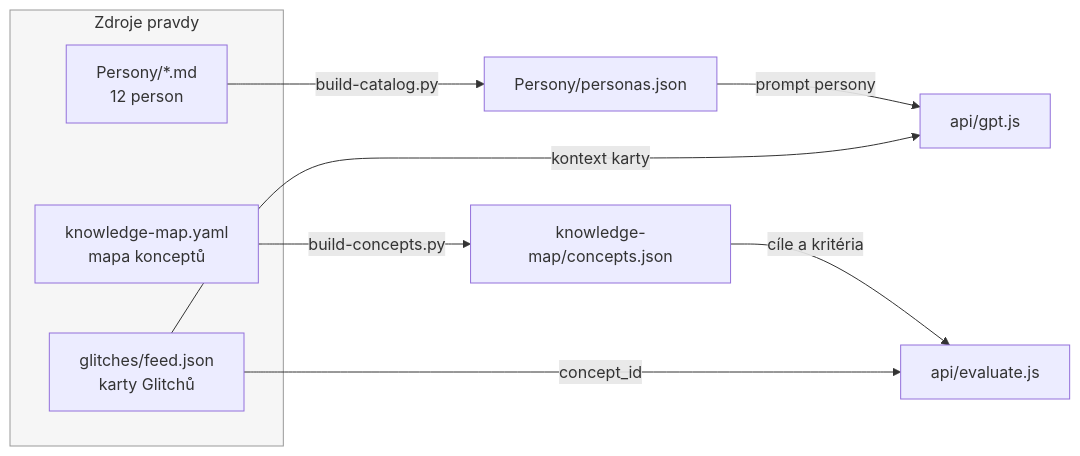
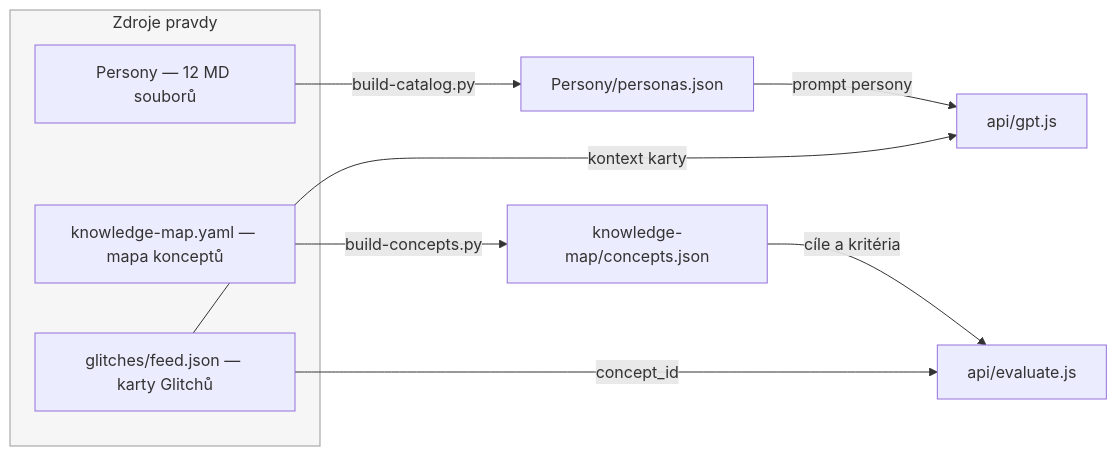
One commit to aidetemcz/glitch changed the third of 4 diagrams in docs/tok-basic-glitch.md. Above: the diagram before and after it, drawn with Mermaid. The commit also changed other lines of this file, not shown here.

First line of the commit message:
Oprava mermaid diagramu: popisky uzlu v uvozovkach bez vnitrnich uvozovek

````diff
--- a/docs/tok-basic-glitch.md
+++ b/docs/tok-basic-glitch.md
@@ -71,18 +71,18 @@
 ```mermaid
 flowchart LR
-    subgraph zdroje [Zdroje pravdy]
-        P[Persony/*.md<br/>12 person]
-        M[knowledge-map.yaml<br/>mapa konceptů]
-        F[glitches/feed.json<br/>karty Glitchů]
+    subgraph zdroje ["Zdroje pravdy"]
+        P["Persony — 12 MD souborů"]
+        M["knowledge-map.yaml — mapa konceptů"]
+        F["glitches/feed.json — karty Glitchů"]
     end
 
-    P -->|build-catalog.py| PJ[Persony/personas.json]
-    M -->|build-concepts.py| MJ[knowledge-map/concepts.json]
+    P -->|build-catalog.py| PJ["Persony/personas.json"]
+    M -->|build-concepts.py| MJ["knowledge-map/concepts.json"]
 
-    PJ -->|prompt persony| S[api/gpt.js]
+    PJ -->|prompt persony| S["api/gpt.js"]
     F -->|kontext karty| S
-    MJ -->|cíle a kritéria| E[api/evaluate.js]
+    MJ -->|cíle a kritéria| E["api/evaluate.js"]
     F -->|concept_id| E
 
     style zdroje fill:#f6f6f6,stroke:#999
 ```
````
